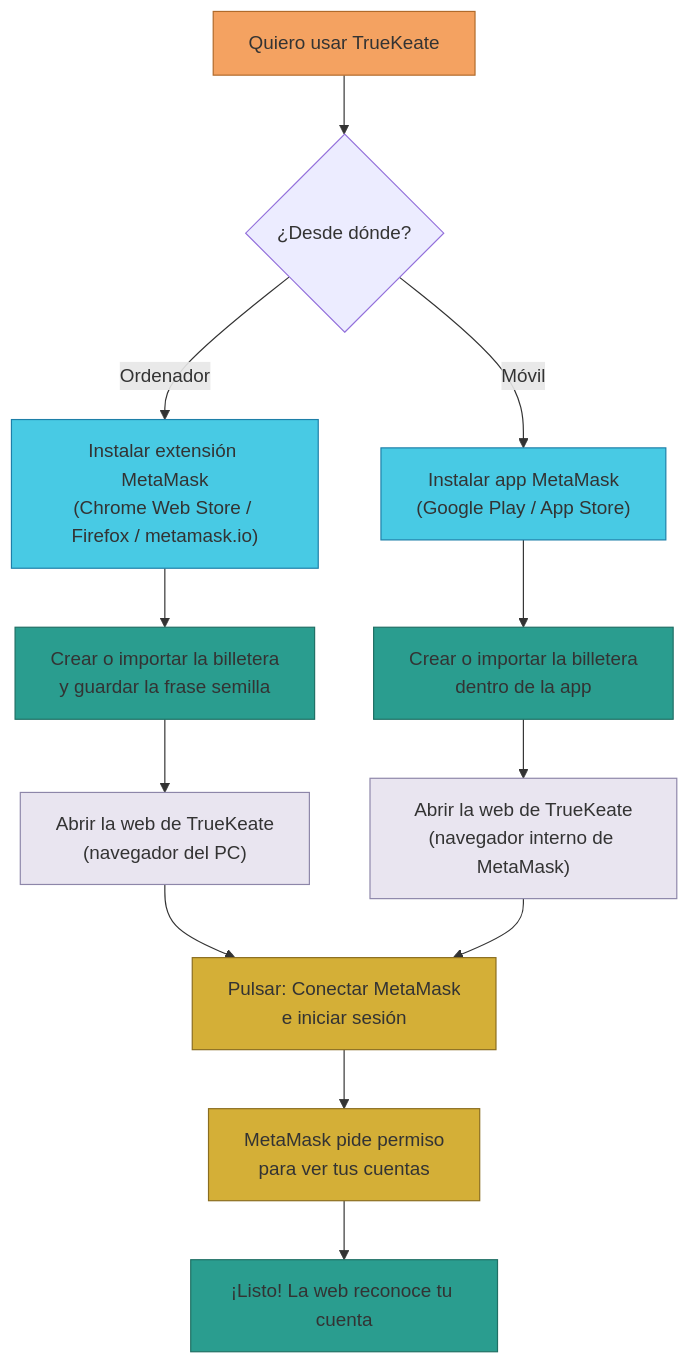
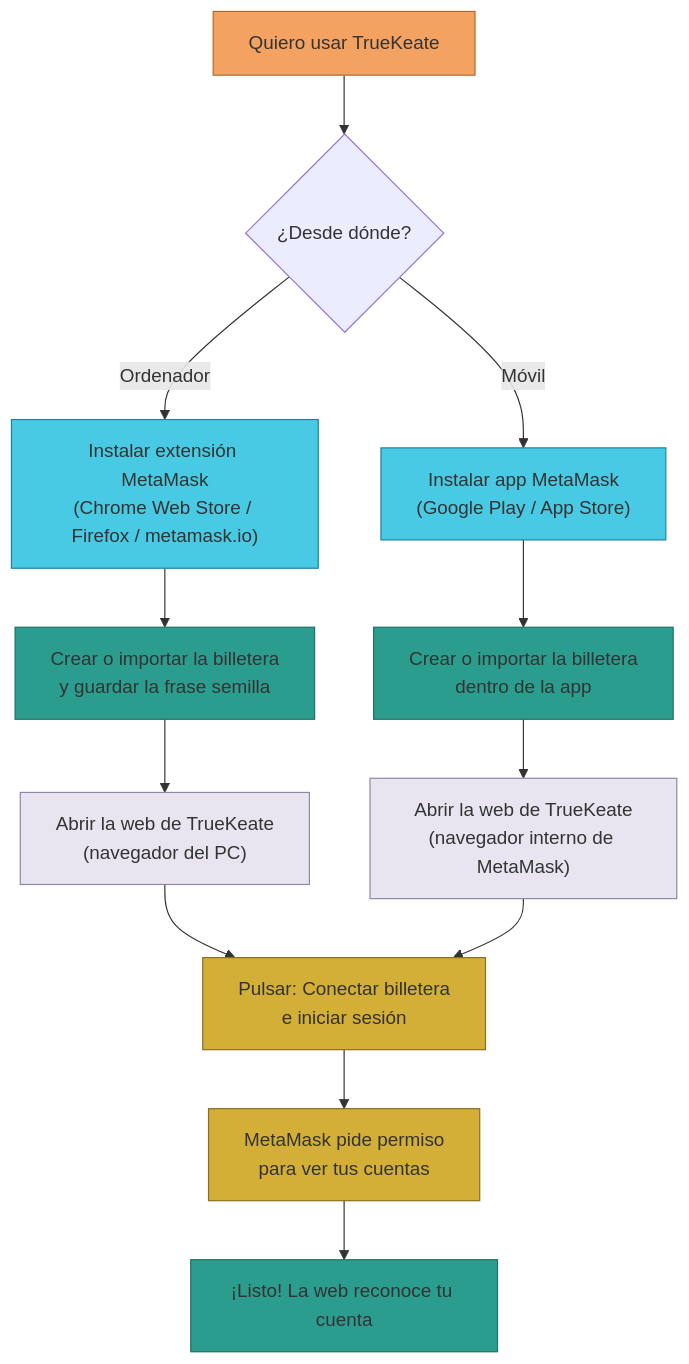
One commit to anlucorporations/escrow changed the first of 2 diagrams in docs/Manuales/07-Wallets-y-Cuentas/01-instalacion-wallet.md. Above: the diagram before and after it, drawn with Mermaid. The commit also changed other lines of this file and 26 other files, not shown here.

````diff
--- a/docs/Manuales/07-Wallets-y-Cuentas/01-instalacion-wallet.md
+++ b/docs/Manuales/07-Wallets-y-Cuentas/01-instalacion-wallet.md
@@ -113,24 +113,24 @@
 ```mermaid
 flowchart TB
     A["Quiero usar TrueKeate"] --> B{"¿Desde dónde?"}
     B -->|"Ordenador"| C["Instalar extensión MetaMask<br/>(Chrome Web Store / Firefox / metamask.io)"]
     B -->|"Móvil"| D["Instalar app MetaMask<br/>(Google Play / App Store)"]
     C --> E["Crear o importar la billetera<br/>y guardar la frase semilla"]
     D --> F["Crear o importar la billetera<br/>dentro de la app"]
     E --> G["Abrir la web de TrueKeate<br/>(navegador del PC)"]
     F --> H["Abrir la web de TrueKeate<br/>(navegador interno de MetaMask)"]
-    G --> I["Pulsar: Conectar MetaMask<br/>e iniciar sesión"]
+    G --> I["Pulsar: Conectar billetera<br/>e iniciar sesión"]
     H --> I
     I --> J["MetaMask pide permiso<br/>para ver tus cuentas"]
     J --> K["¡Listo! La web reconoce tu cuenta"]
     style A fill:#f4a261,stroke:#b06a2a
     style C fill:#48cae4,stroke:#1d7fa8
     style D fill:#48cae4,stroke:#1d7fa8
     style E fill:#2a9d8f,stroke:#1f6f64
     style F fill:#2a9d8f,stroke:#1f6f64
     style G fill:#e9e5f0,stroke:#8d86a9
     style H fill:#e9e5f0,stroke:#8d86a9
     style I fill:#d4af37,stroke:#8a6d1f
     style J fill:#d4af37,stroke:#8a6d1f
     style K fill:#2a9d8f,stroke:#1f6f64
 ```
````
